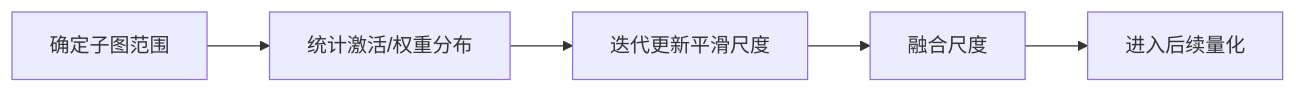
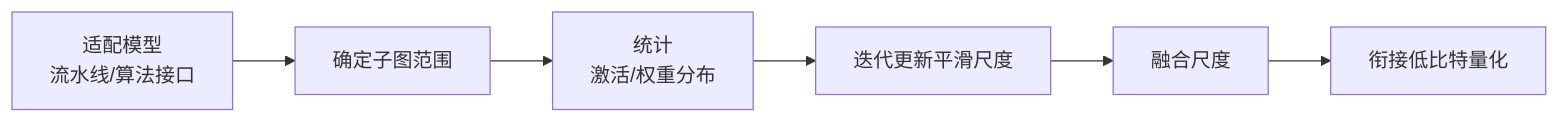
The diagram in msmodelslim/docs/zh/knowledge_base/quantization_algorithms/iterative_smooth/usage_iterative_smooth.md (mindstudio-docs/master), drawn with Mermaid before and after one commit. The commit also changed other lines of this file and 235 other files, not shown here.

````diff
--- a/msmodelslim/docs/zh/knowledge_base/quantization_algorithms/iterative_smooth/usage_iterative_smooth.md
+++ b/msmodelslim/docs/zh/knowledge_base/quantization_algorithms/iterative_smooth/usage_iterative_smooth.md
@@ -24,7 +28,8 @@
 ```mermaid
 flowchart LR
-    A[确定子图范围] --> B[统计激活/权重分布]
-    B[统计激活/权重分布] --> C[迭代更新平滑尺度]
-    C[迭代更新平滑尺度] --> D[融合尺度]
-    D[融合尺度] --> E[进入后续量化]
+    A[适配模型<br/>流水线/算法接口] --> B[确定子图范围]
+    B --> C[统计<br/>激活/权重分布]
+    C --> D[迭代更新平滑尺度]
+    D --> E[融合尺度]
+    E --> F[衔接低比特量化]
 ```
````
